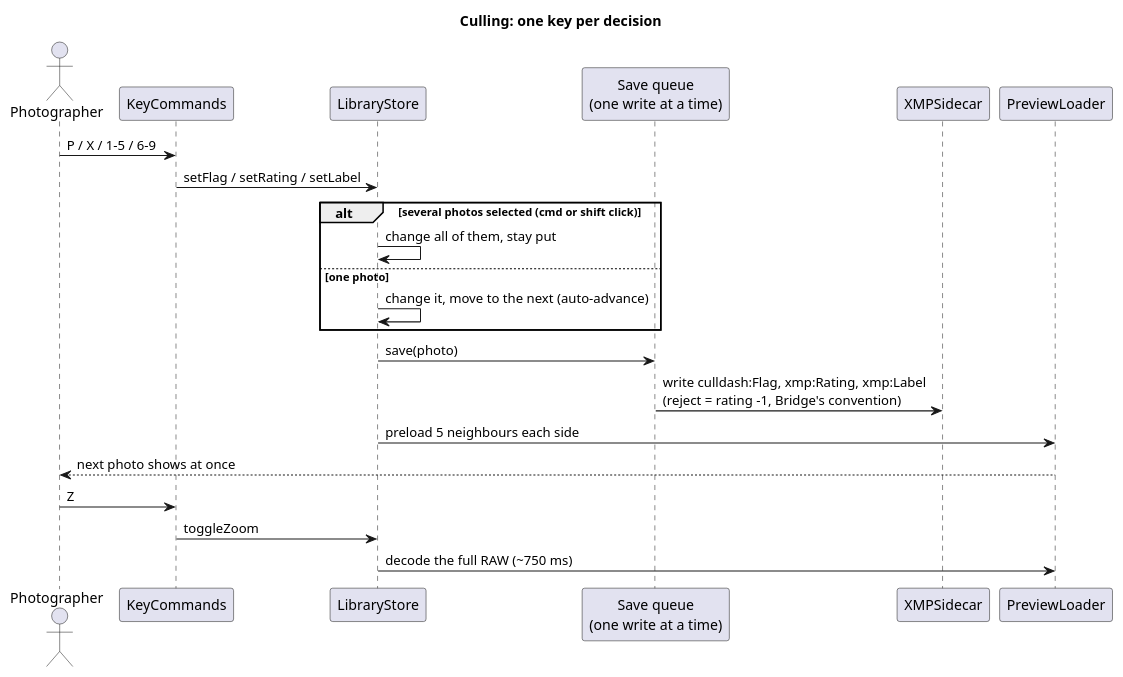
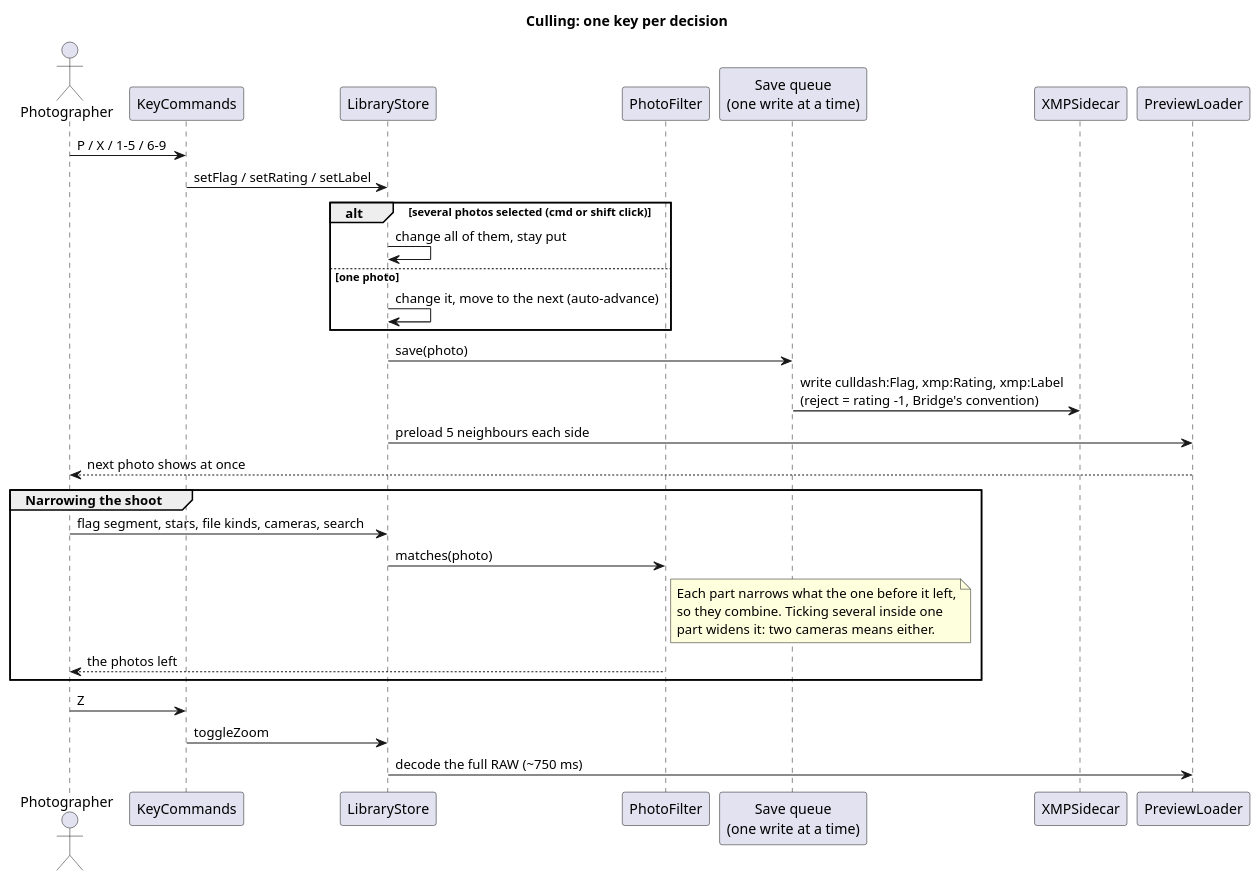
Before and after one commit to elcozy/culldash: the third of 7 diagrams in docs/APPFLOW.md, drawn with PlantUML. The commit also changed other lines of this file and 23 other files, not shown here.

First line of the commit message:
Add zoom and pan diagram, update build scripts for testing framework

````diff
--- a/docs/APPFLOW.md
+++ b/docs/APPFLOW.md
@@ -146,26 +177,39 @@
 ```plantuml
 @startuml cull-loop
 title Culling: one key per decision
 actor Photographer as P
 participant KeyCommands as K
 participant LibraryStore as S
+participant PhotoFilter as F
 participant "Save queue\n(one write at a time)" as Q
 participant XMPSidecar as X
 participant PreviewLoader as L
 
 P -> K: P / X / 1-5 / 6-9
 K -> S: setFlag / setRating / setLabel
 alt several photos selected (cmd or shift click)
   S -> S: change all of them, stay put
 else one photo
   S -> S: change it, move to the next (auto-advance)
 end
 S -> Q: save(photo)
 Q -> X: write culldash:Flag, xmp:Rating, xmp:Label\n(reject = rating -1, Bridge's convention)
 S -> L: preload 5 neighbours each side
 L --> P: next photo shows at once
+
+group Narrowing the shoot
+  P -> S: flag segment, stars, file kinds, cameras, search
+  S -> F: matches(photo)
+  note right of F
+    Each part narrows what the one before it left,
+    so they combine. Ticking several inside one
+    part widens it: two cameras means either.
+  end note
+  F --> P: the photos left
+end
+
 P -> K: Z
 K -> S: toggleZoom
 S -> L: decode the full RAW (~750 ms)
 @enduml
 ```
````
